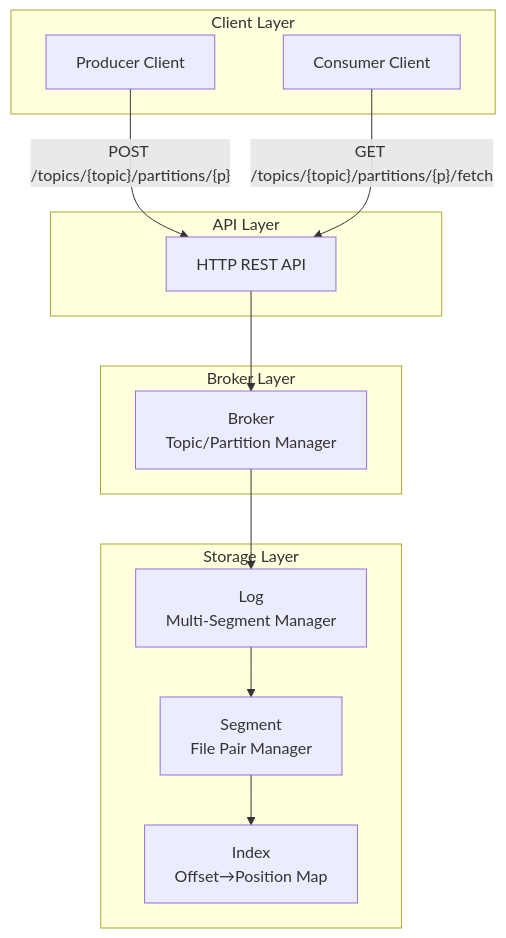
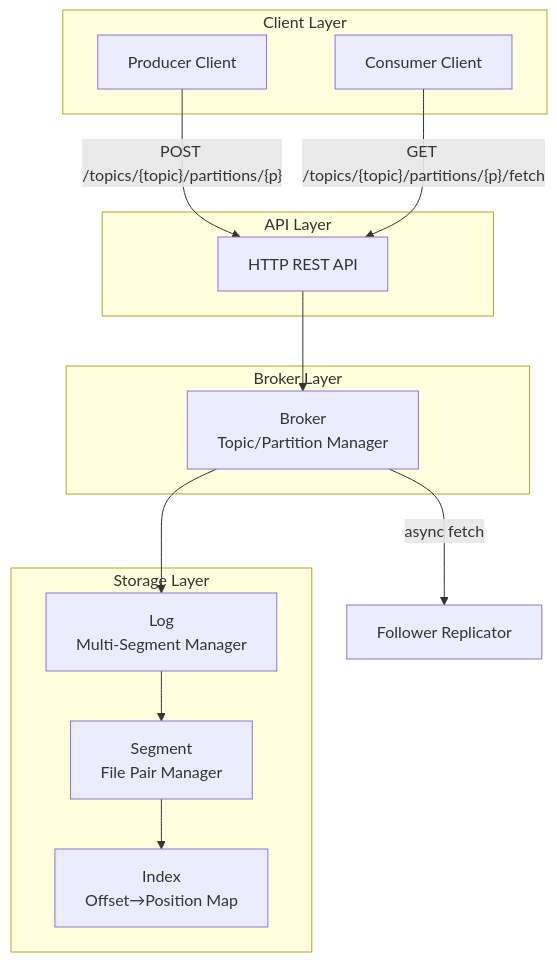
Before and after one commit to diegomrodrigues2/go-kafka-from-scratch: the first of 7 diagrams in README.md, drawn with Mermaid. The commit also changed other lines of this file and 5 other files, not shown here.

````diff
--- a/README.md
+++ b/README.md
@@ -9,28 +9,29 @@
 ```mermaid
 graph TB
     subgraph "Client Layer"
         Producer[Producer Client]
         Consumer[Consumer Client]
     end
 
     subgraph "API Layer"
         HTTP[HTTP REST API]
     end
 
     subgraph "Broker Layer"
         Broker[Broker<br/>Topic/Partition Manager]
     end
 
     subgraph "Storage Layer"
         Log[Log<br/>Multi-Segment Manager]
         Segment[Segment<br/>File Pair Manager]
         Index[Index<br/>Offset→Position Map]
     end
 
     Producer -->|"POST /topics/{topic}/partitions/{p}"| HTTP
     Consumer -->|"GET /topics/{topic}/partitions/{p}/fetch"| HTTP
     HTTP --> Broker
+    Broker -->|"async fetch"| Follower[Follower Replicator]
     Broker --> Log
     Log --> Segment
     Segment --> Index
 ```
````
